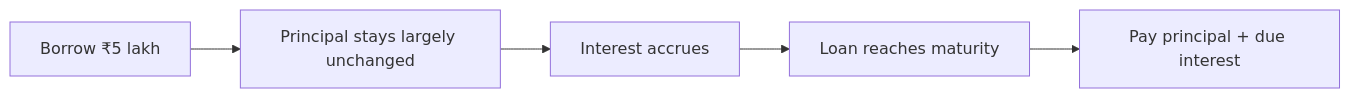
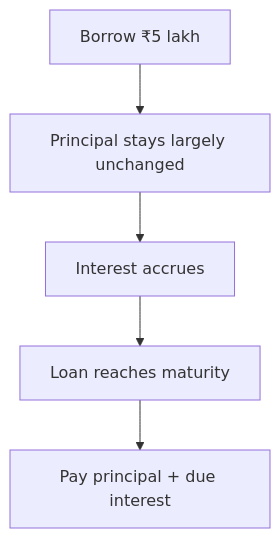
The fifth of 11 diagrams in src/content/blog/complete-loan-guide.md (actionanand/arblogz), drawn with Mermaid before and after one commit.

Commit message:
emi loan calc fix

````diff
--- a/src/content/blog/complete-loan-guide.md
+++ b/src/content/blog/complete-loan-guide.md
@@ -521,7 +521,7 @@
 ```mermaid
-flowchart LR
+flowchart TB
     A[Borrow ₹5 lakh] --> B[Principal stays largely unchanged]
     B --> C[Interest accrues]
     C --> D[Loan reaches maturity]
     D --> E[Pay principal + due interest]
 ```
````
